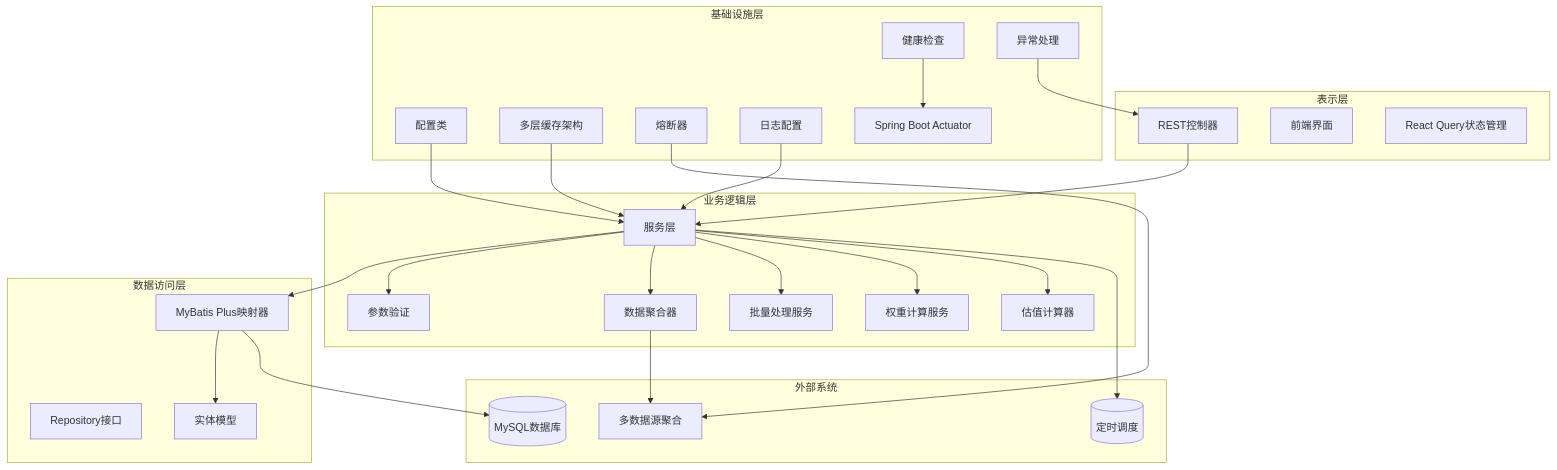
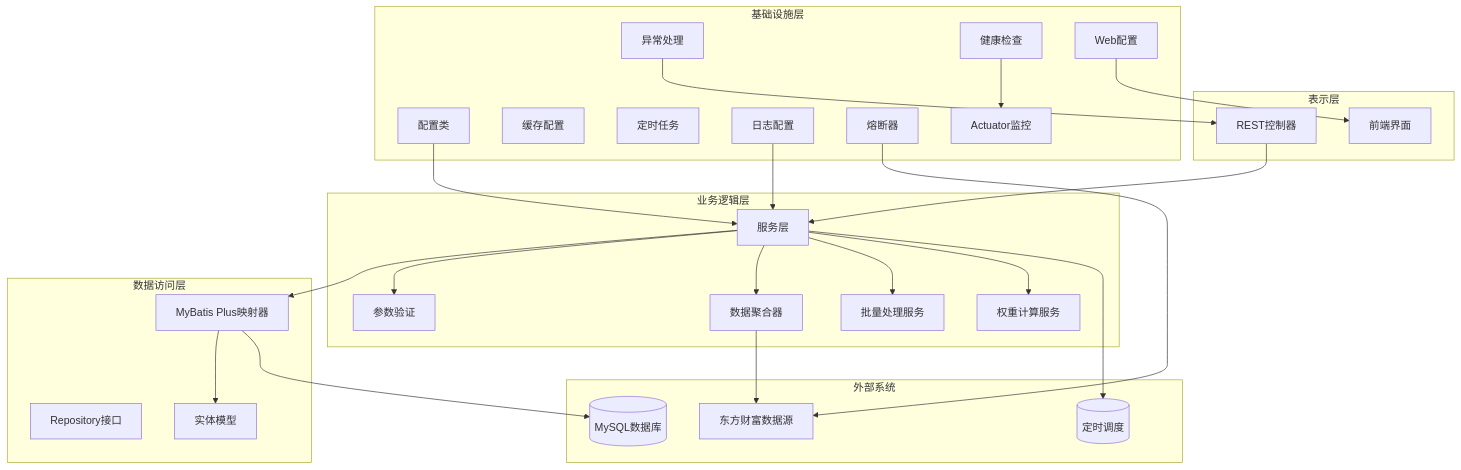
The third of 16 diagrams in .qoder/repowiki/zh/content/核心功能开发/核心功能开发.md (gree-coder/fund-butler), drawn with Mermaid before and after one commit. The commit also changed other lines of this file and 21 other files, not shown here.

````diff
--- a/.qoder/repowiki/zh/content/核心功能开发/核心功能开发.md
+++ b/.qoder/repowiki/zh/content/核心功能开发/核心功能开发.md
@@ -177,52 +177,51 @@
 ```mermaid
 graph TB
 subgraph "表示层"
 CONTROLLER[REST控制器]
 FRONTEND[前端界面]
-REACT_QUERY[React Query状态管理]
 end
 subgraph "业务逻辑层"
 SERVICE[服务层]
 VALIDATOR[参数验证]
 AGGREGATOR[数据聚合器]
 BATCH[批量处理服务]
 WEIGHT[权重计算服务]
-CALCULATOR[估值计算器]
 end
 subgraph "数据访问层"
 MAPPER[MyBatis Plus映射器]
 REPO[Repository接口]
 ENTITY[实体模型]
 end
 subgraph "基础设施层"
 CONFIG[配置类]
-CACHE[多层缓存架构]
-CIRCUIT[熔断器]
-HEALTH[健康检查]
+CACHE[缓存配置]
+TASK[定时任务]
 ERROR[异常处理]
 LOG[日志配置]
-ACTUATOR[Spring Boot Actuator]
+HEALTH[健康检查]
+CIRCUIT[熔断器]
+WEB[Web配置]
+ACTUATOR[Actuator监控]
 end
 subgraph "外部系统"
-DATASOURCE[多数据源聚合]
+DATASOURCE[东方财富数据源]
 DB[(MySQL数据库)]
 SCHEDULE[(定时调度)]
 end
 CONTROLLER --> SERVICE
 SERVICE --> MAPPER
 MAPPER --> ENTITY
 SERVICE --> VALIDATOR
 SERVICE --> AGGREGATOR
 SERVICE --> BATCH
 SERVICE --> WEIGHT
-SERVICE --> CALCULATOR
 CONFIG --> SERVICE
 ERROR --> CONTROLLER
 LOG --> SERVICE
 HEALTH --> ACTUATOR
-CACHE --> SERVICE
 CIRCUIT --> DATASOURCE
+WEB --> FRONTEND
 AGGREGATOR --> DATASOURCE
 MAPPER --> DB
 SERVICE --> SCHEDULE
 ```
````
